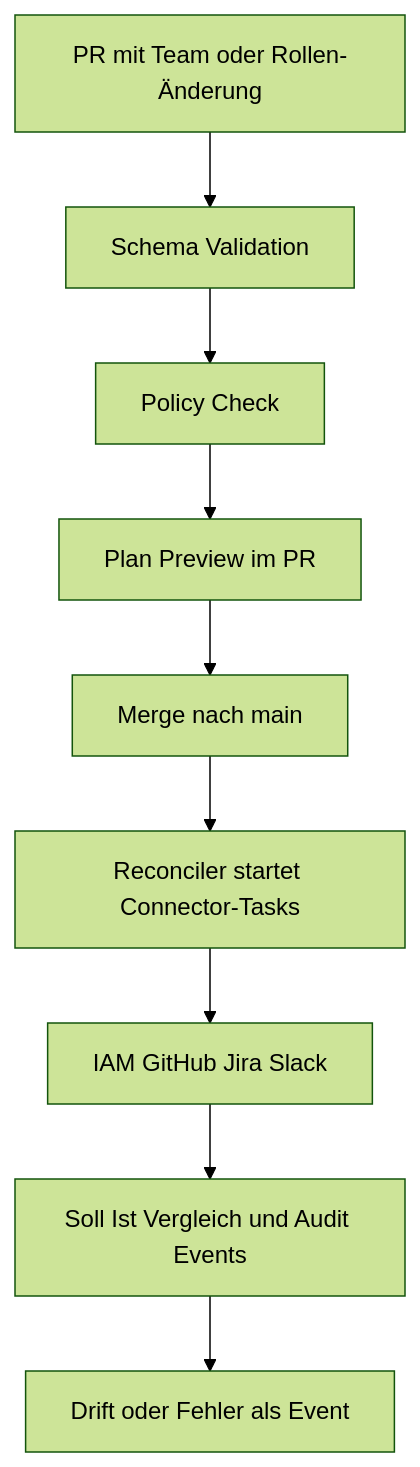
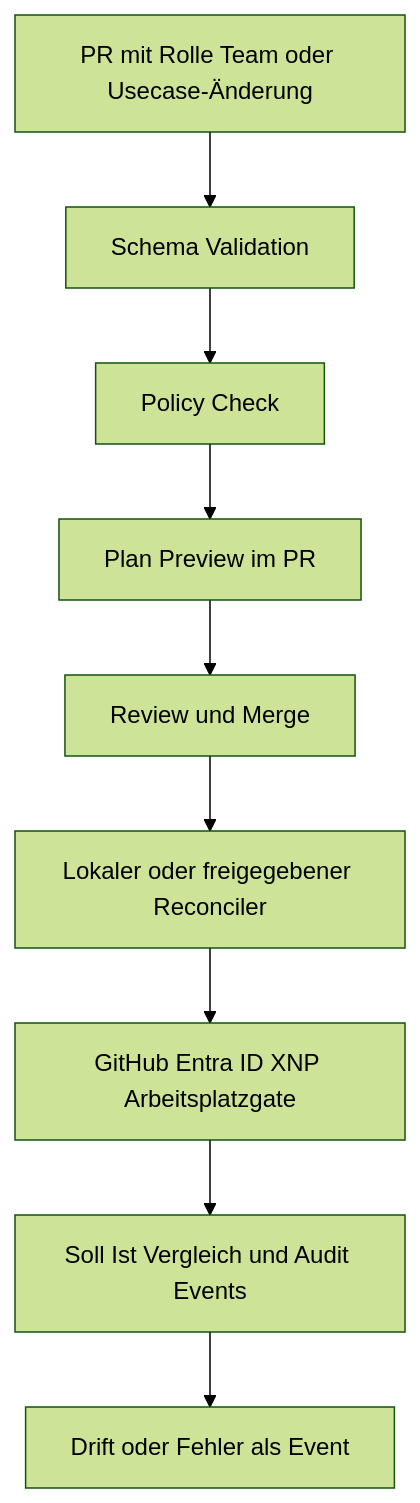
Before and after one commit to notariat8/NaC: the diagram in docs/de/oac-enterprise-control-plane-mvp.md, drawn with Mermaid (forest theme). The commit also changed other lines of this file and 175 other files, not shown here.

````diff
--- a/docs/de/oac-enterprise-control-plane-mvp.md
+++ b/docs/de/oac-enterprise-control-plane-mvp.md
@@ -39,11 +42,11 @@
 ```mermaid
 flowchart TD
-    A[PR mit Team oder Rollen-Änderung] --> B[Schema Validation]
+    A[PR mit Rolle Team oder Usecase-Änderung] --> B[Schema Validation]
     B --> C[Policy Check]
     C --> D[Plan Preview im PR]
-    D --> E[Merge nach main]
-    E --> F[Reconciler startet Connector-Tasks]
-    F --> G[IAM GitHub Jira Slack]
+    D --> E[Review und Merge]
+    E --> F[Lokaler oder freigegebener Reconciler]
+    F --> G[GitHub Entra ID XNP Arbeitsplatzgate]
     G --> H[Soll Ist Vergleich und Audit Events]
     H --> I[Drift oder Fehler als Event]
 ```
````
